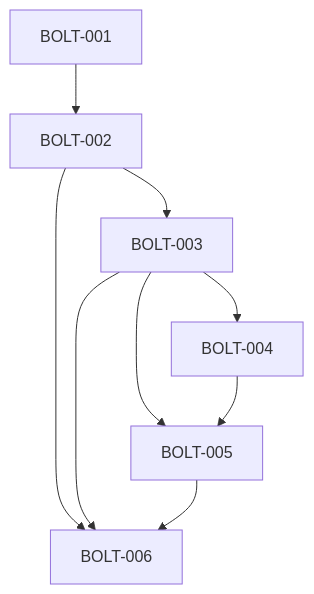
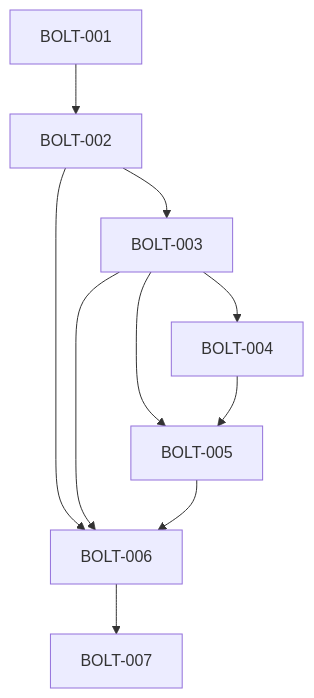
The diagram in docs/007-development-plan.md (fr4gus/ai-engineering-framework-poc), drawn with Mermaid before and after one commit. The commit also changed other lines of this file and 112 other files, not shown here.

````diff
--- a/docs/007-development-plan.md
+++ b/docs/007-development-plan.md
@@ -300,15 +347,16 @@
 ```mermaid
 flowchart TD
 
 BOLT-001 --> BOLT-002
 BOLT-002 --> BOLT-003
 
 BOLT-003 --> BOLT-004
 BOLT-003 --> BOLT-005
 
 BOLT-004 --> BOLT-005
 
 BOLT-002 --> BOLT-006
 BOLT-003 --> BOLT-006
 BOLT-005 --> BOLT-006
+BOLT-006 --> BOLT-007
 ```
````
